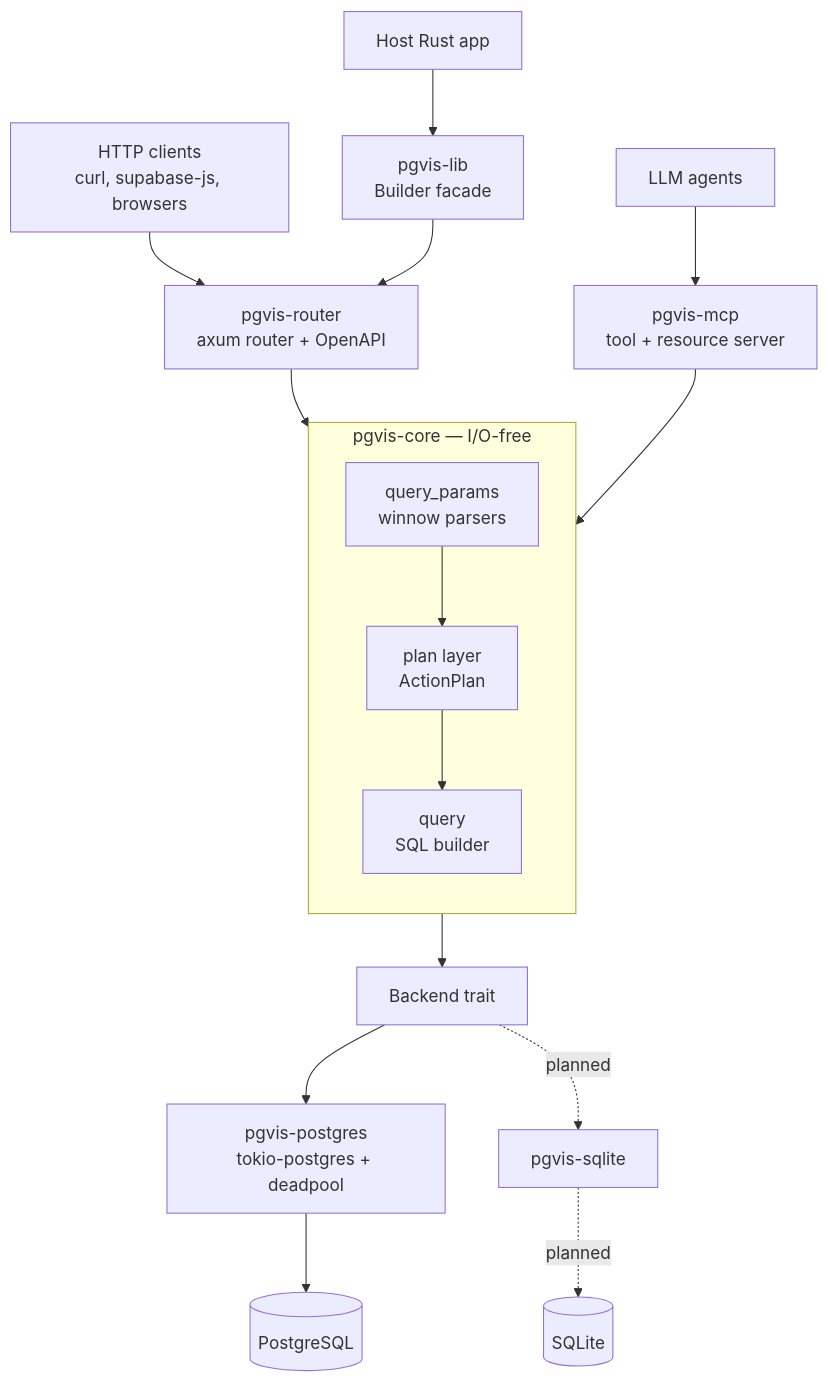
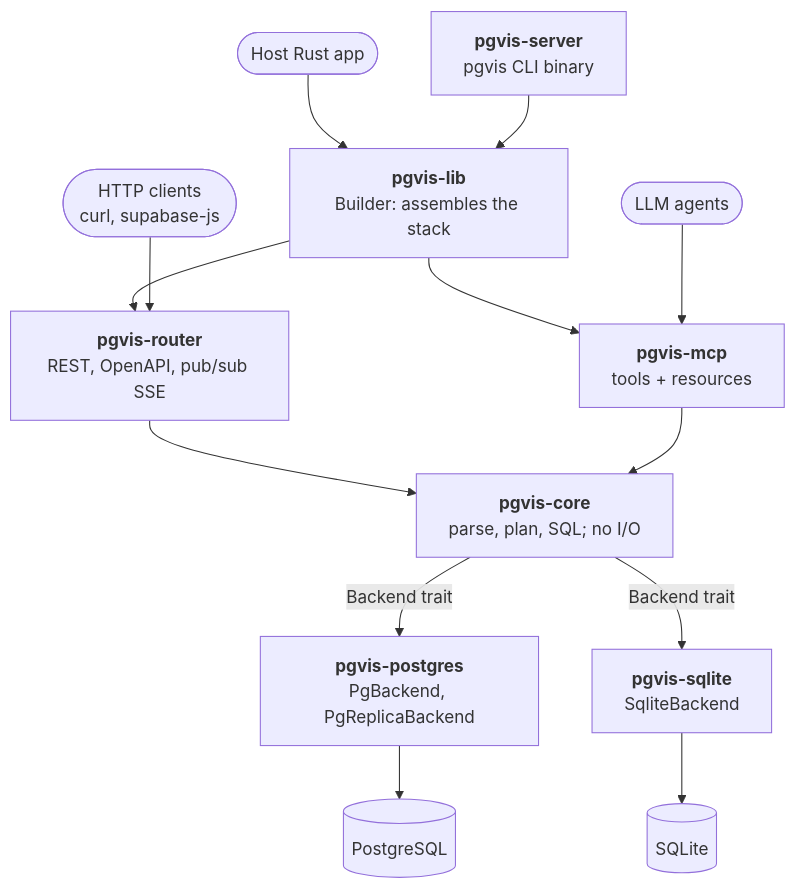
The first of 2 diagrams in arch/README.md (pgvis/pgvis), drawn with Mermaid before and after one commit. The commit also changed other lines of this file and 29 other files, not shown here.

````diff
--- a/arch/README.md
+++ b/arch/README.md
@@ -32,22 +35,28 @@
 ```mermaid
-flowchart TD
-    HTTP[HTTP clients<br/>curl, supabase-js, browsers] --> REST[pgvis-router<br/>axum router + OpenAPI]
-    LLM[LLM agents] --> MCP[pgvis-mcp<br/>tool + resource server]
-    EMB[Host Rust app] --> EMBED[pgvis-lib<br/>Builder facade]
+flowchart TB
+    http(["HTTP clients<br/>curl, supabase-js"])
+    agents(["LLM agents"])
+    host(["Host Rust app"])
+    cli["<b>pgvis-server</b><br/>pgvis CLI binary"]
+    lib["<b>pgvis-lib</b><br/>Builder: assembles the stack"]
+    router["<b>pgvis-router</b><br/>REST, OpenAPI, pub/sub SSE"]
+    mcp["<b>pgvis-mcp</b><br/>tools + resources"]
+    core["<b>pgvis-core</b><br/>parse, plan, SQL; no I/O"]
+    pg["<b>pgvis-postgres</b><br/>PgBackend, PgReplicaBackend"]
+    lite["<b>pgvis-sqlite</b><br/>SqliteBackend"]
+    pgdb[("PostgreSQL")]
+    litedb[("SQLite")]
 
-    REST --> CORE
-    MCP --> CORE
-    EMBED --> REST
-
-    subgraph CORE[pgvis-core — I/O-free]
-      direction TB
-      QP[query_params<br/>winnow parsers] --> PLAN[plan layer<br/>ActionPlan]
-      PLAN --> SQL[query<br/>SQL builder]
-    end
-
-    CORE --> BK[Backend trait]
-    BK --> PG[pgvis-postgres<br/>tokio-postgres + deadpool]
-    PG --> DB[(PostgreSQL)]
-    BK -. planned .-> LITE[pgvis-sqlite]
-    LITE -. planned .-> SQLITEDB[(SQLite)]
+    host --> lib
+    cli --> lib
+    lib --> router
+    lib --> mcp
+    http --> router
+    agents --> mcp
+    router --> core
+    mcp --> core
+    core -->|"Backend trait"| pg
+    core -->|"Backend trait"| lite
+    pg --> pgdb
+    lite --> litedb
 ```
````
